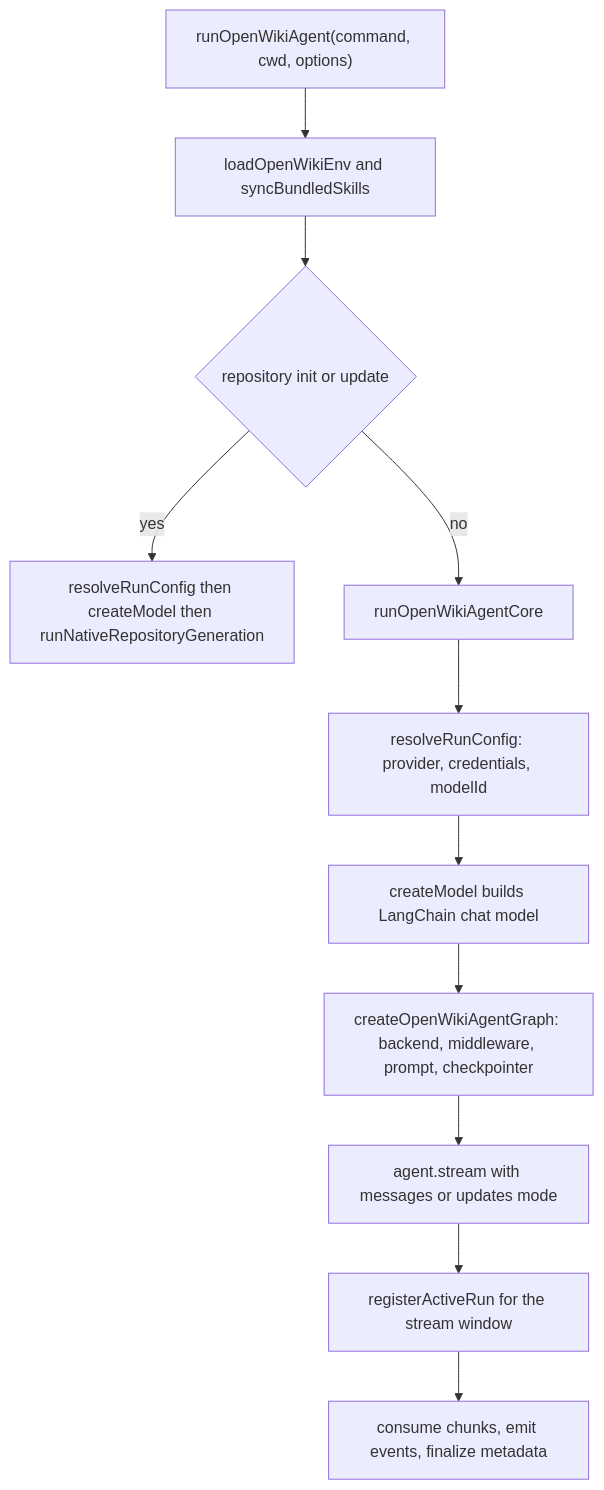
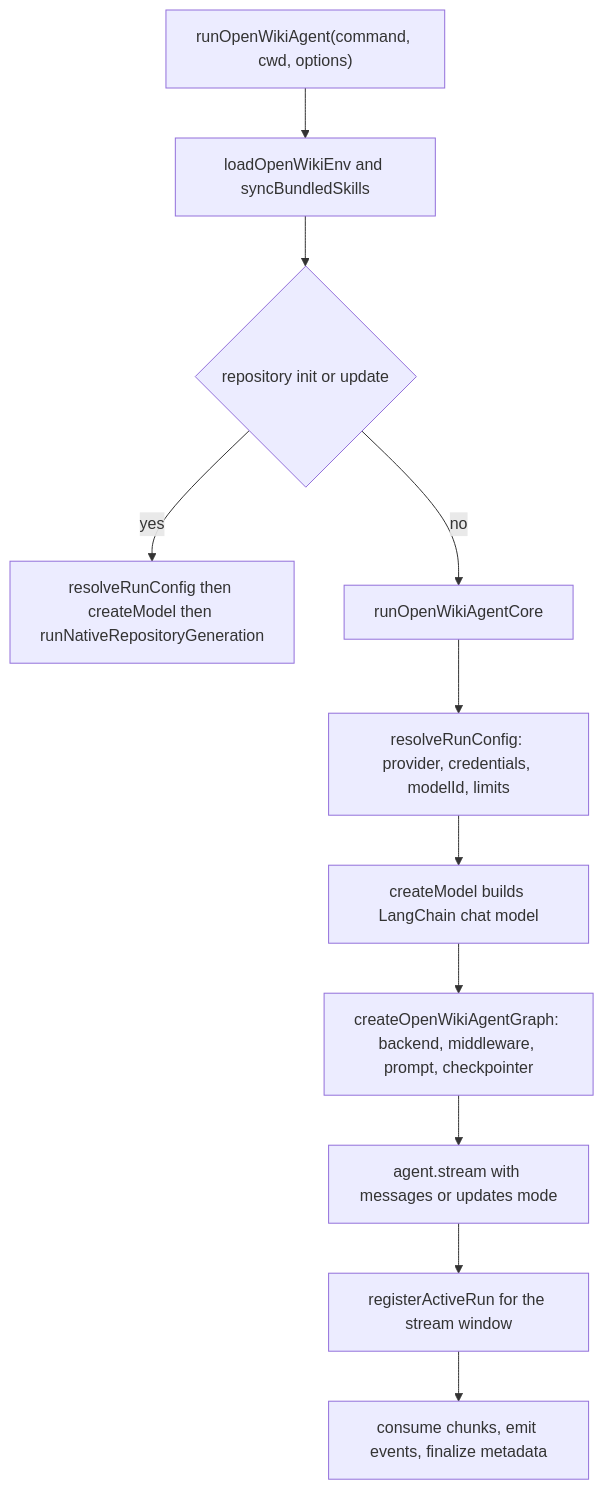
The diagram in openwiki/architecture/agent-runtime.md (Christian-Sidak/openwiki), drawn with Mermaid before and after one commit. The commit also changed other lines of this file and 18 other files, not shown here.

````diff
--- a/openwiki/architecture/agent-runtime.md
+++ b/openwiki/architecture/agent-runtime.md
@@ -57,13 +55,13 @@
 ```mermaid
 flowchart TD
   Start["runOpenWikiAgent(command, cwd, options)"] --> Load["loadOpenWikiEnv and syncBundledSkills"]
   Load --> Repo{"repository init or update"}
   Repo -->|yes| Native["resolveRunConfig then createModel then runNativeRepositoryGeneration"]
   Repo -->|no| Core["runOpenWikiAgentCore"]
-  Core --> Cfg["resolveRunConfig: provider, credentials, modelId"]
+  Core --> Cfg["resolveRunConfig: provider, credentials, modelId, limits"]
   Cfg --> Model["createModel builds LangChain chat model"]
   Model --> Graph["createOpenWikiAgentGraph: backend, middleware, prompt, checkpointer"]
   Graph --> Stream["agent.stream with messages or updates mode"]
   Stream --> Register["registerActiveRun for the stream window"]
   Register --> Consume["consume chunks, emit events, finalize metadata"]
 ```
````
